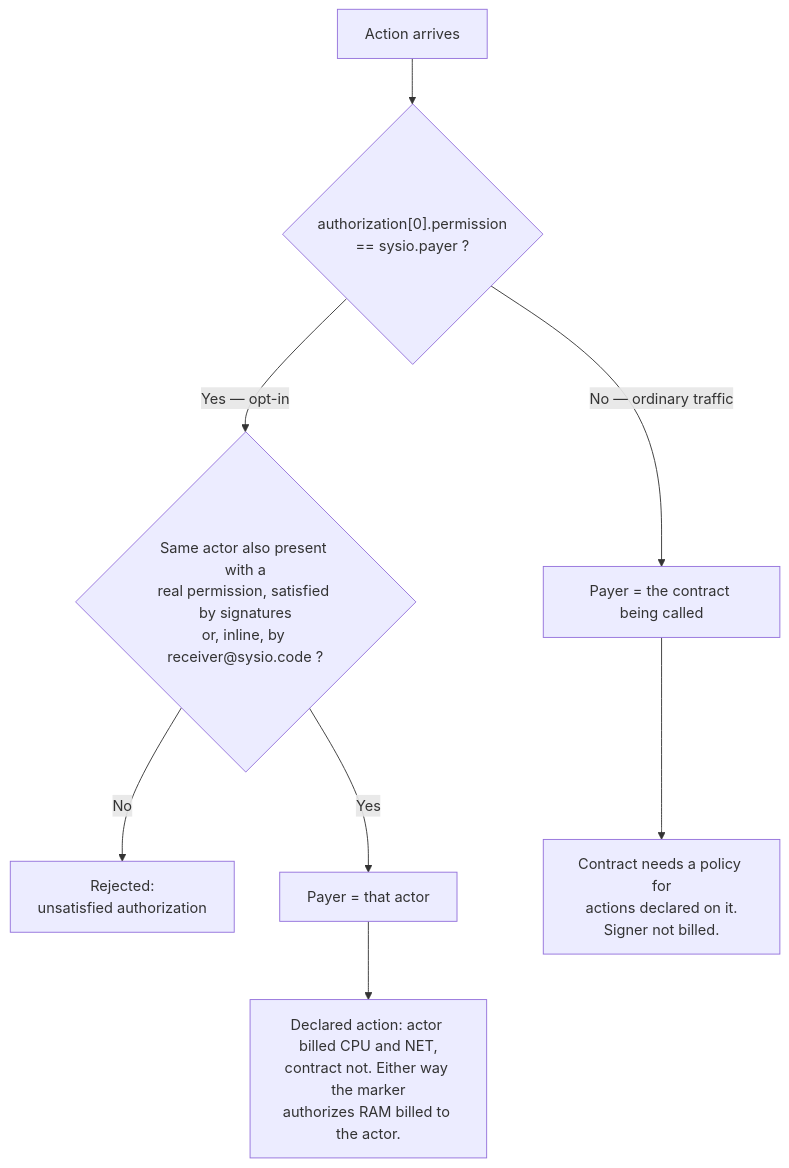
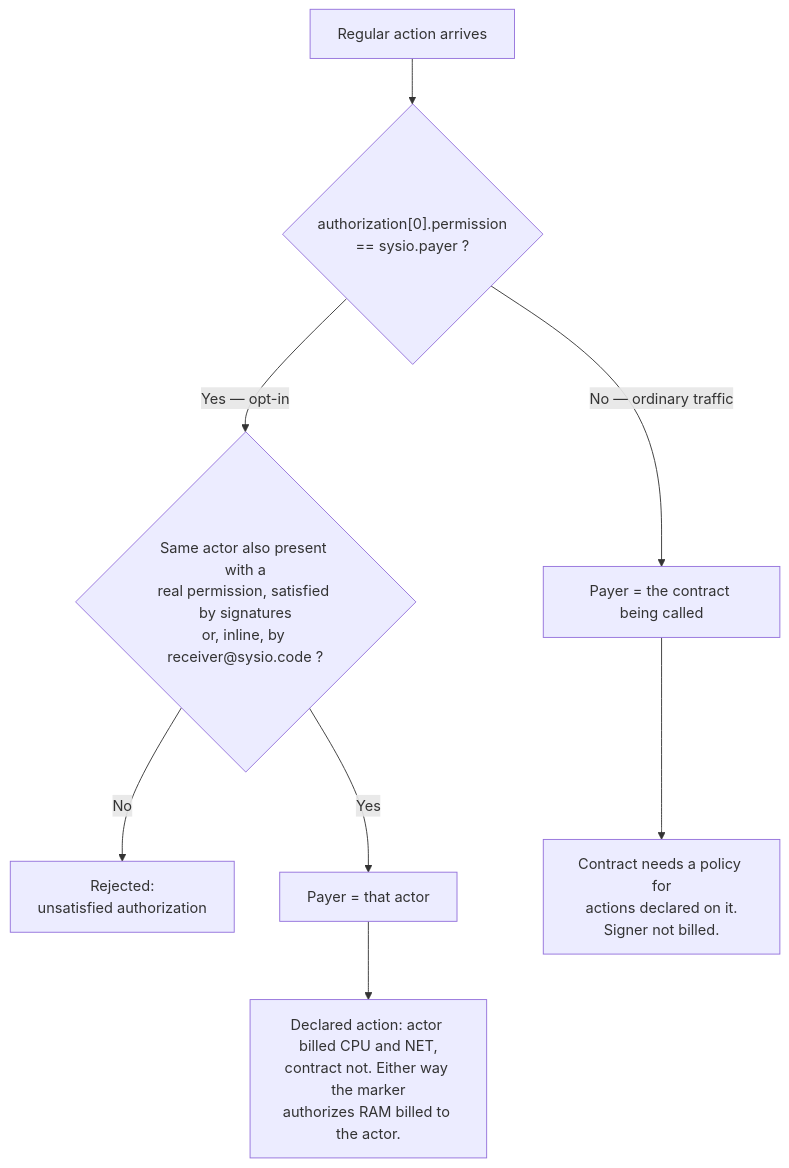
The diagram in docs/roa-overview.md (Wire-Network/wire-sysio), drawn with Mermaid before and after one commit. The commit also changed other lines of this file, not shown here.

````diff
--- a/docs/roa-overview.md
+++ b/docs/roa-overview.md
@@ -151,10 +155,10 @@
 ```mermaid
 flowchart TD
-    A["Action arrives"] --> B{"authorization[0].permission<br/>== sysio.payer ?"}
+    A["Regular action arrives"] --> B{"authorization[0].permission<br/>== sysio.payer ?"}
     B -->|"No — ordinary traffic"| C["Payer = the contract being called"]
     B -->|"Yes — opt-in"| D{"Same actor also present with a<br/>real permission, satisfied by signatures<br/>or, inline, by receiver@sysio.code ?"}
     D -->|"No"| E["Rejected:<br/>unsatisfied authorization"]
     D -->|"Yes"| F["Payer = that actor"]
     C --> G["Contract needs a policy for<br/>actions declared on it.<br/>Signer not billed."]
     F --> H["Declared action: actor billed CPU and NET,<br/>contract not. Either way the marker<br/>authorizes RAM billed to the actor."]
 ```
````
